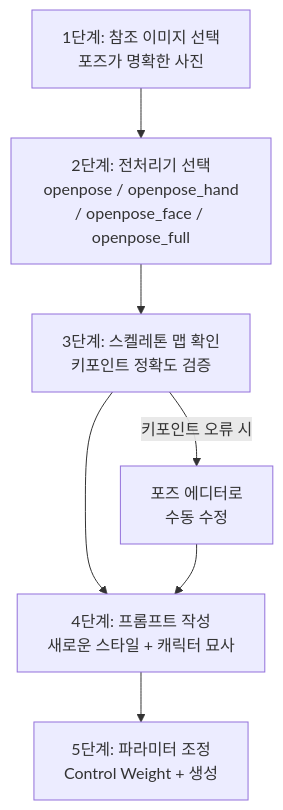
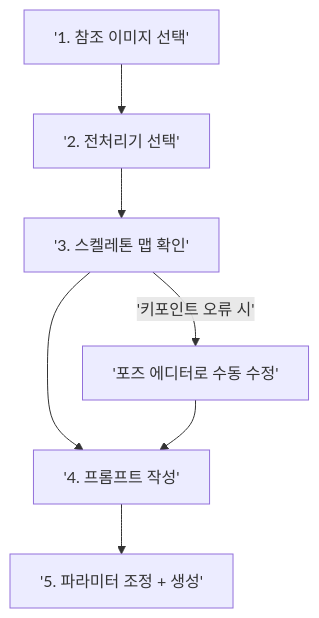
Before and after one commit to jsonpassion/forge-tutorial-promptcanvas: the third of 3 diagrams in 07-ch7-controlnet과-참조-이미지-활용/03-03-포즈-제어-openpose와-인물-생성.md, drawn with Mermaid. The commit also changed other lines of this file and 63 other files, not shown here.

````diff
--- a/07-ch7-controlnet과-참조-이미지-활용/03-03-포즈-제어-openpose와-인물-생성.md
+++ b/07-ch7-controlnet과-참조-이미지-활용/03-03-포즈-제어-openpose와-인물-생성.md
@@ -117,10 +63,9 @@
 ```mermaid
 flowchart TD
-    S1["1단계: 참조 이미지 선택<br/>포즈가 명확한 사진"] --> S2["2단계: 전처리기 선택<br/>openpose / openpose_hand<br/>/ openpose_face / openpose_full"]
-    S2 --> S3["3단계: 스켈레톤 맵 확인<br/>키포인트 정확도 검증"]
-    S3 --> S4["4단계: 프롬프트 작성<br/>새로운 스타일 + 캐릭터 묘사"]
-    S4 --> S5["5단계: 파라미터 조정<br/>Control Weight + 생성"]
-    
-    S3 -->|"키포인트 오류 시"| FIX["포즈 에디터로<br/>수동 수정"]
+    S1['1. 참조 이미지 선택'] --> S2['2. 전처리기 선택']
+    S2 --> S3['3. 스켈레톤 맵 확인']
+    S3 --> S4['4. 프롬프트 작성']
+    S4 --> S5['5. 파라미터 조정 + 생성']
+    S3 -->|'키포인트 오류 시'| FIX['포즈 에디터로 수동 수정']
     FIX --> S4
 ```
````
